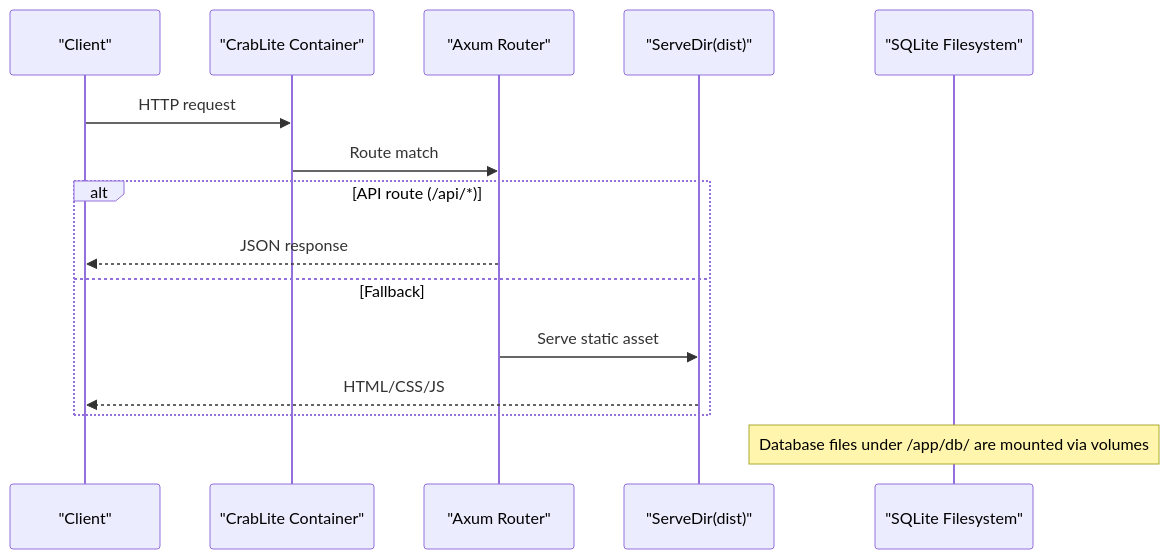
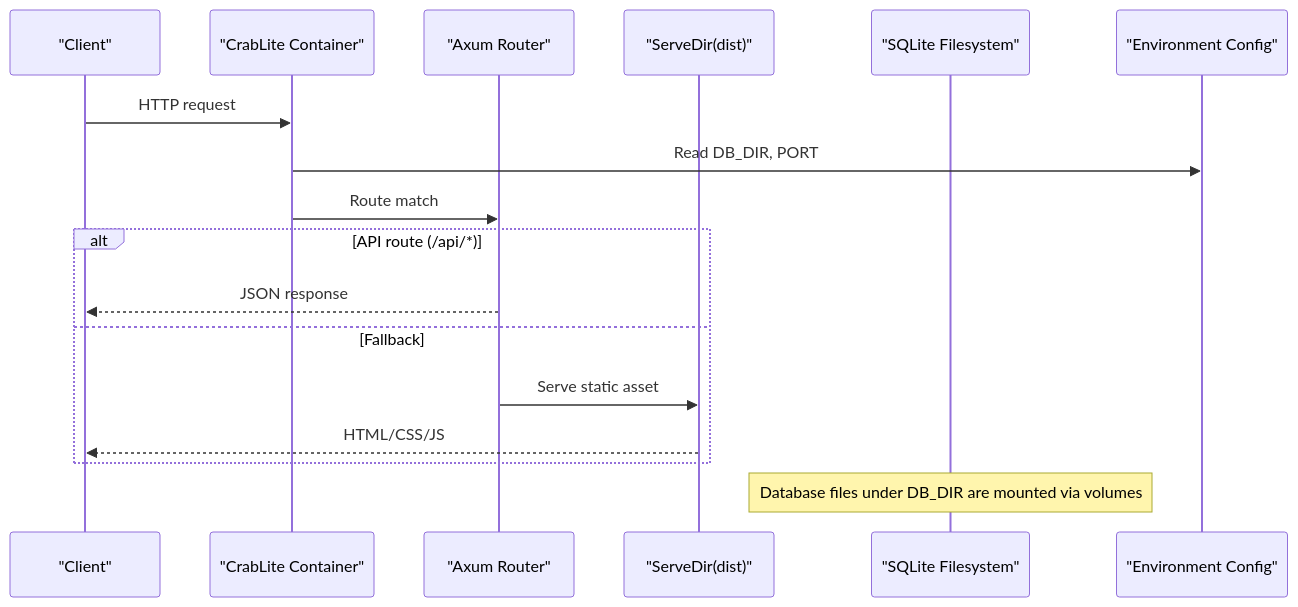
The second of 3 diagrams in .qoder/repowiki/en/content/Deployment & Operations/Docker Deployment.md (sutanto1010/crablite), drawn with Mermaid before and after one commit. The commit also changed other lines of this file and 47 other files, not shown here.

````diff
--- a/.qoder/repowiki/en/content/Deployment & Operations/Docker Deployment.md
+++ b/.qoder/repowiki/en/content/Deployment & Operations/Docker Deployment.md
@@ -75,17 +85,19 @@
 ```mermaid
 sequenceDiagram
 participant Client as "Client"
 participant Container as "CrabLite Container"
 participant Router as "Axum Router"
 participant Static as "ServeDir(dist)"
 participant DB as "SQLite Filesystem"
+participant Config as "Environment Config"
 Client->>Container : HTTP request
+Container->>Config : Read DB_DIR, PORT
 Container->>Router : Route match
 alt API route (/api/*)
 Router-->>Client : JSON response
 else Fallback
 Router->>Static : Serve static asset
 Static-->>Client : HTML/CSS/JS
 end
-Note over DB : Database files under /app/db/ are mounted via volumes
+Note over DB : Database files under DB_DIR are mounted via volumes
 ```
````
